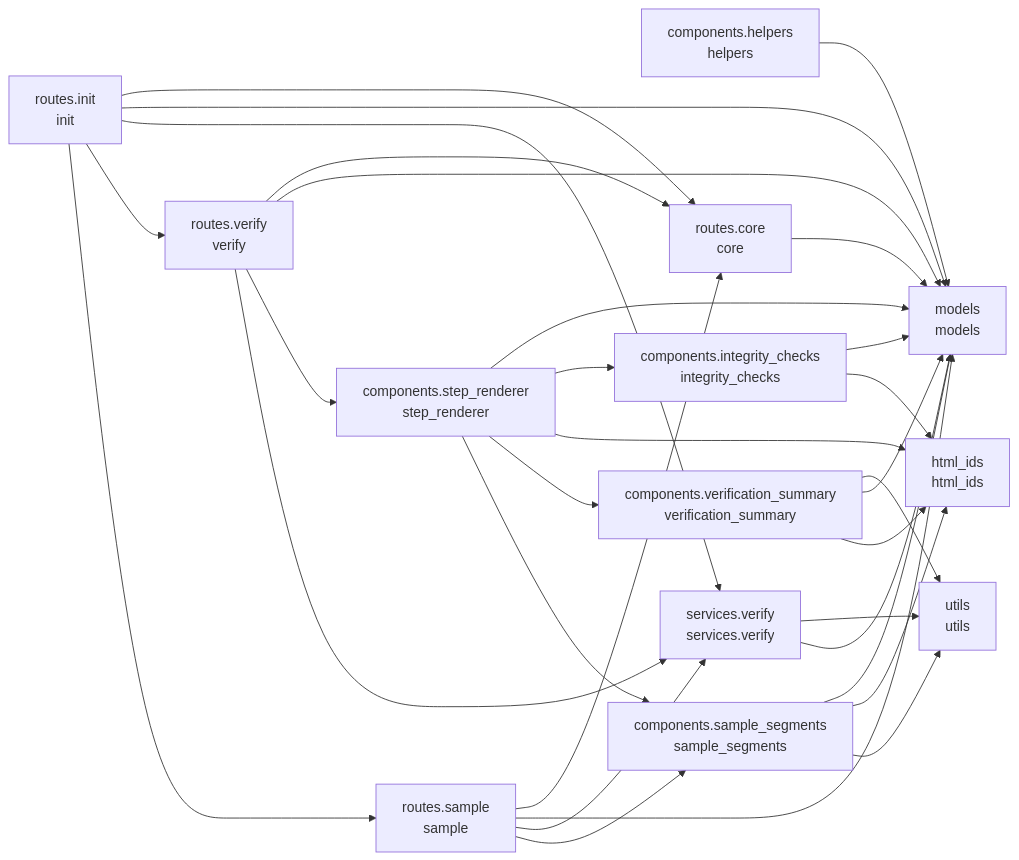
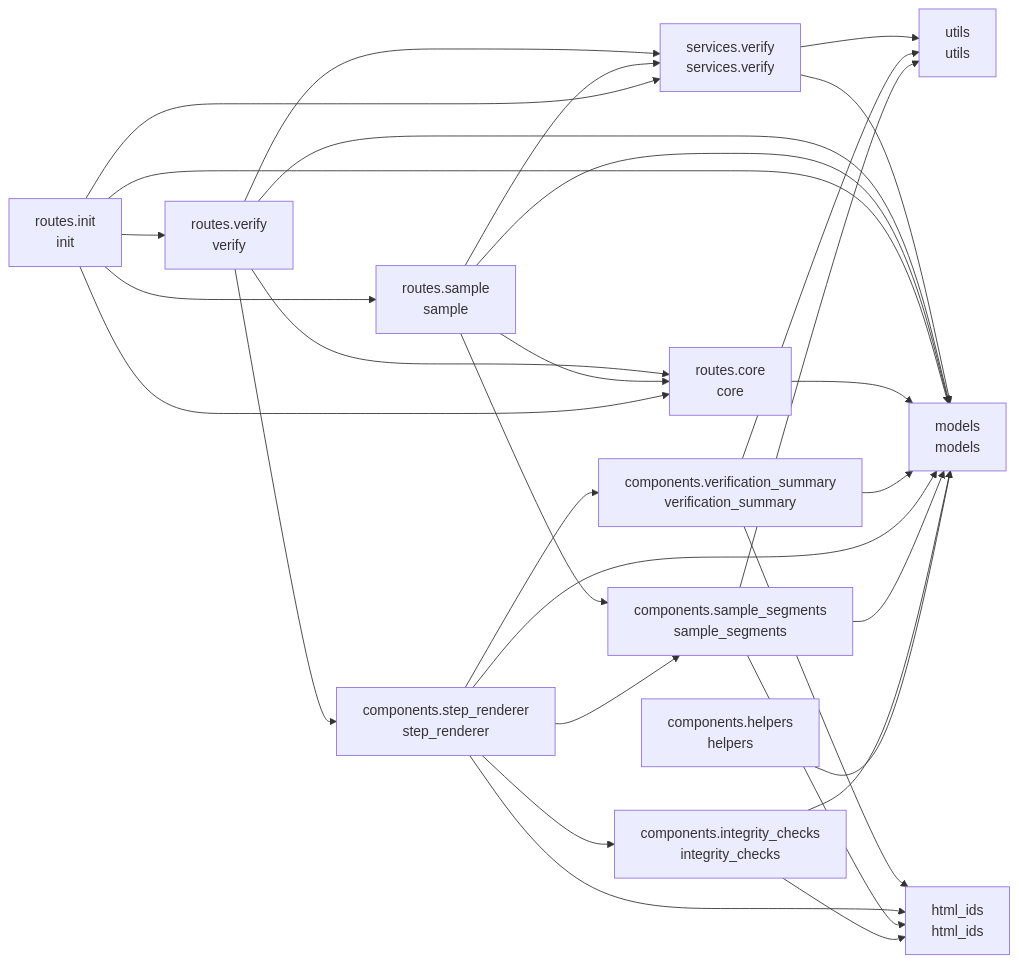
The diagram in README.md (cj-mills/cjm-transcript-verify), drawn with Mermaid before and after one commit. The commit also changed other lines of this file and 7 other files, not shown here.

````diff
--- a/README.md
+++ b/README.md
@@ -36,47 +36,47 @@
 ``` mermaid
 graph LR
     components_helpers[components.helpers<br/>helpers]
     components_integrity_checks[components.integrity_checks<br/>integrity_checks]
     components_sample_segments[components.sample_segments<br/>sample_segments]
     components_step_renderer[components.step_renderer<br/>step_renderer]
     components_verification_summary[components.verification_summary<br/>verification_summary]
     html_ids[html_ids<br/>html_ids]
     models[models<br/>models]
     routes_core[routes.core<br/>core]
     routes_init[routes.init<br/>init]
     routes_sample[routes.sample<br/>sample]
     routes_verify[routes.verify<br/>verify]
     services_verify[services.verify<br/>services.verify]
     utils[utils<br/>utils]
 
     components_helpers --> models
+    components_integrity_checks --> html_ids
     components_integrity_checks --> models
-    components_integrity_checks --> html_ids
+    components_sample_segments --> html_ids
     components_sample_segments --> models
-    components_sample_segments --> html_ids
     components_sample_segments --> utils
-    components_step_renderer --> models
-    components_step_renderer --> components_integrity_checks
     components_step_renderer --> html_ids
     components_step_renderer --> components_verification_summary
+    components_step_renderer --> models
     components_step_renderer --> components_sample_segments
+    components_step_renderer --> components_integrity_checks
+    components_verification_summary --> html_ids
     components_verification_summary --> utils
     components_verification_summary --> models
-    components_verification_summary --> html_ids
     routes_core --> models
+    routes_init --> services_verify
+    routes_init --> models
+    routes_init --> routes_sample
     routes_init --> routes_core
-    routes_init --> models
-    routes_init --> services_verify
     routes_init --> routes_verify
-    routes_init --> routes_sample
+    routes_sample --> services_verify
+    routes_sample --> components_sample_segments
     routes_sample --> routes_core
     routes_sample --> models
-    routes_sample --> services_verify
-    routes_sample --> components_sample_segments
+    routes_verify --> services_verify
+    routes_verify --> components_step_renderer
     routes_verify --> routes_core
     routes_verify --> models
-    routes_verify --> components_step_renderer
-    routes_verify --> services_verify
     services_verify --> utils
     services_verify --> models
 ```
````
